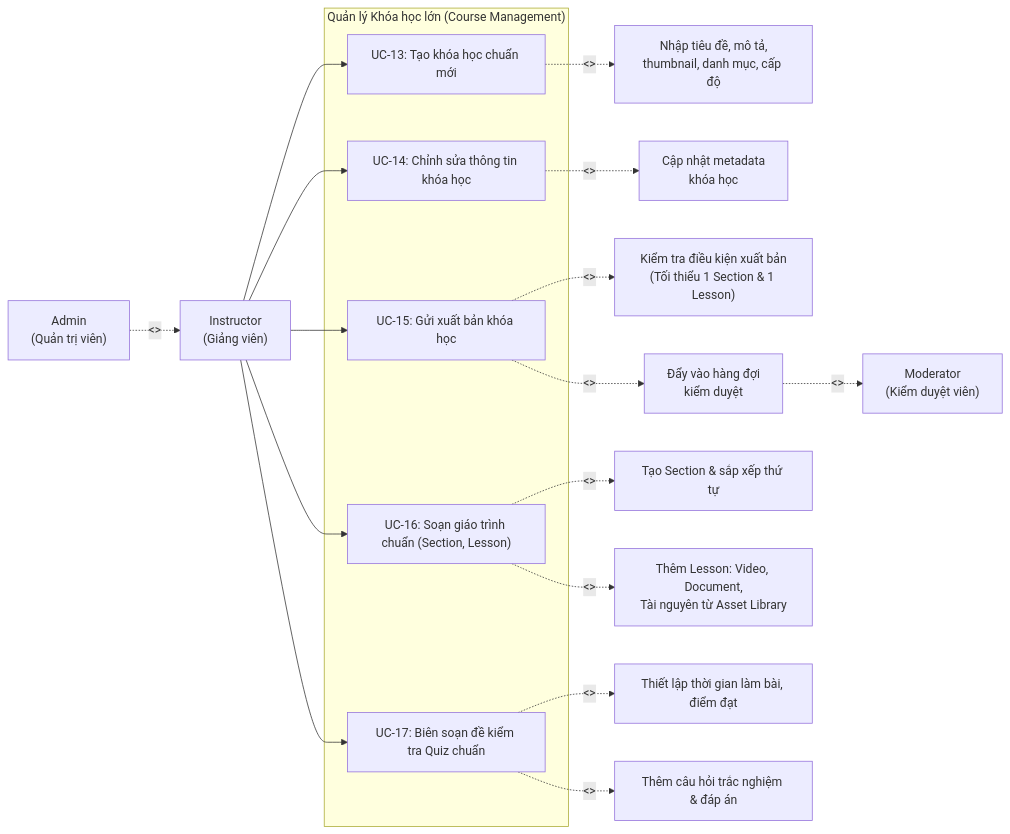
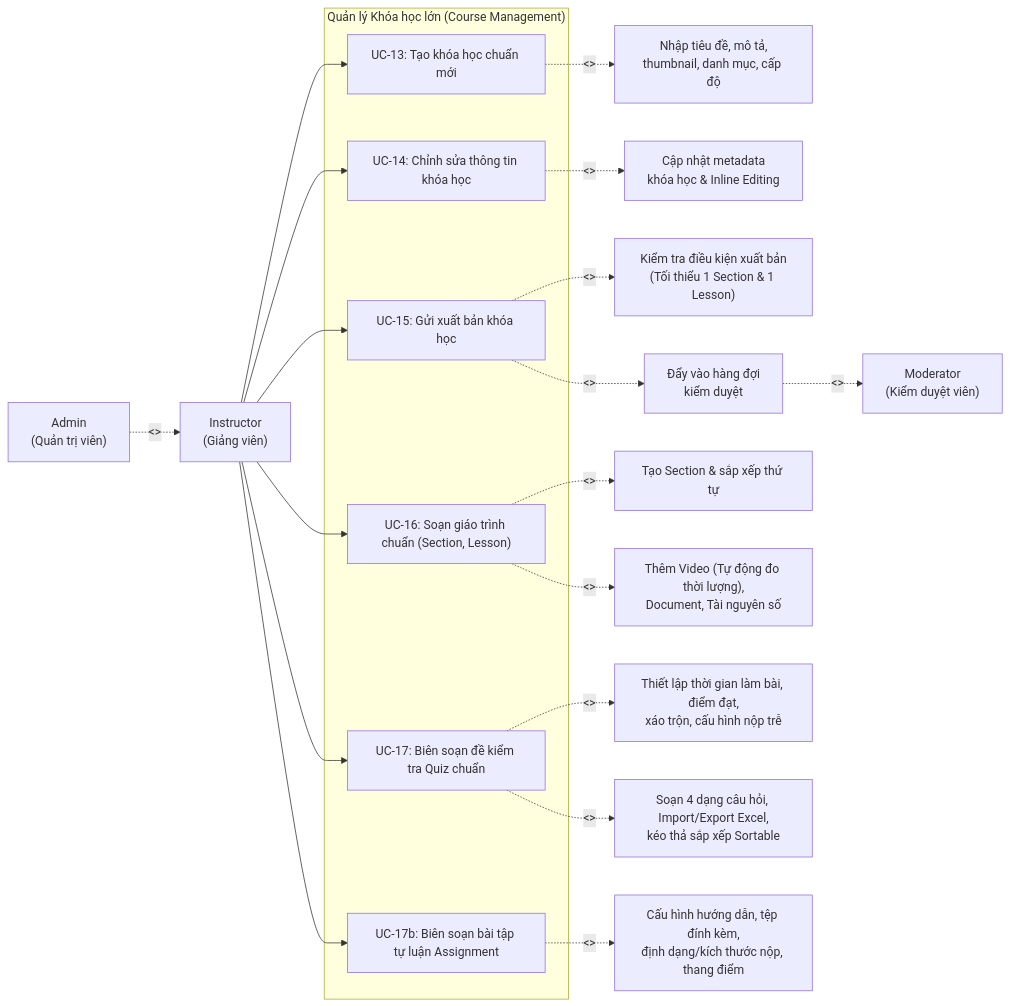
Before and after one commit to TienNguyen23-12/utelearn-platform: the second of 2 diagrams in docs/usecases/UC03_QuanLyKhoaHoc.md, drawn with Mermaid. The commit also changed other lines of this file and 24 other files, not shown here.

````diff
--- a/docs/usecases/UC03_QuanLyKhoaHoc.md
+++ b/docs/usecases/UC03_QuanLyKhoaHoc.md
@@ -45,33 +46,36 @@
 ```mermaid
 graph LR
     Instructor["Instructor<br/>(Giảng viên)"]
     Admin["Admin<br/>(Quản trị viên)"]
     Moderator["Moderator<br/>(Kiểm duyệt viên)"]
 
     subgraph UC_Course["Quản lý Khóa học lớn (Course Management)"]
         UC13["UC-13: Tạo khóa học chuẩn mới"]
         UC14["UC-14: Chỉnh sửa thông tin khóa học"]
         UC15["UC-15: Gửi xuất bản khóa học"]
         UC16["UC-16: Soạn giáo trình chuẩn (Section, Lesson)"]
         UC17["UC-17: Biên soạn đề kiểm tra Quiz chuẩn"]
+        UC17b["UC-17b: Biên soạn bài tập tự luận Assignment"]
     end
 
     Instructor --> UC13
     Instructor --> UC14
     Instructor --> UC15
     Instructor --> UC16
     Instructor --> UC17
+    Instructor --> UC17b
 
     Admin -.->|"<<inherits>>"| Instructor
 
     UC13 -.->|"<<includes>>"| UC13a["Nhập tiêu đề, mô tả,<br/>thumbnail, danh mục, cấp độ"]
-    UC14 -.->|"<<includes>>"| UC14a["Cập nhật metadata<br/>khóa học"]
+    UC14 -.->|"<<includes>>"| UC14a["Cập nhật metadata<br/>khóa học & Inline Editing"]
     UC15 -.->|"<<includes>>"| UC15a["Kiểm tra điều kiện xuất bản<br/>(Tối thiểu 1 Section & 1 Lesson)"]
     UC15 -.->|"<<triggers>>"| ReviewQueue["Đẩy vào hàng đợi<br/>kiểm duyệt"]
     ReviewQueue -.->|"<<notifies>>"| Moderator
 
     UC16 -.->|"<<includes>>"| UC16a["Tạo Section & sắp xếp thứ tự"]
-    UC16 -.->|"<<includes>>"| UC16b["Thêm Lesson: Video, Document,<br/>Tài nguyên từ Asset Library"]
-    UC17 -.->|"<<includes>>"| UC17a["Thiết lập thời gian làm bài, điểm đạt"]
-    UC17 -.->|"<<includes>>"| UC17b["Thêm câu hỏi trắc nghiệm & đáp án"]
+    UC16 -.->|"<<includes>>"| UC16b["Thêm Video (Tự động đo thời lượng),<br/>Document, Tài nguyên số"]
+    UC17 -.->|"<<includes>>"| UC17a["Thiết lập thời gian làm bài, điểm đạt,<br/>xáo trộn, cấu hình nộp trễ"]
+    UC17 -.->|"<<includes>>"| UC17b1["Soạn 4 dạng câu hỏi, Import/Export Excel,<br/>kéo thả sắp xếp Sortable"]
+    UC17b -.->|"<<includes>>"| UC17b2["Cấu hình hướng dẫn, tệp đính kèm,<br/>định dạng/kích thước nộp, thang điểm"]
 ```
````
